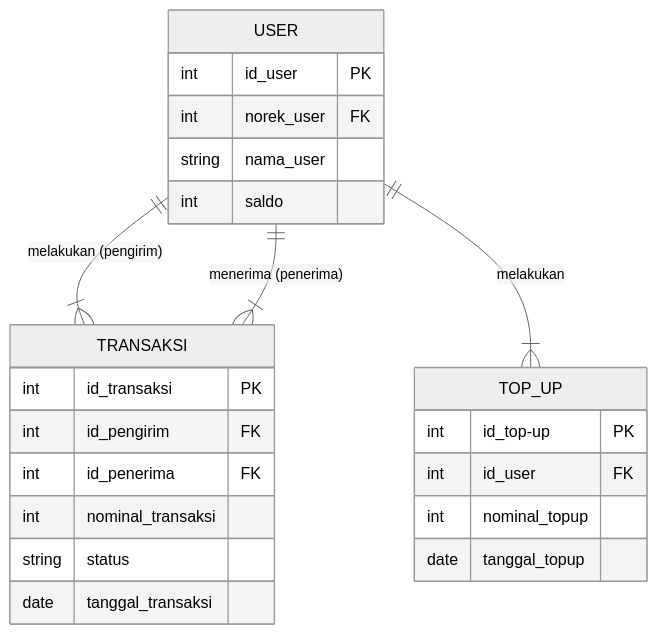
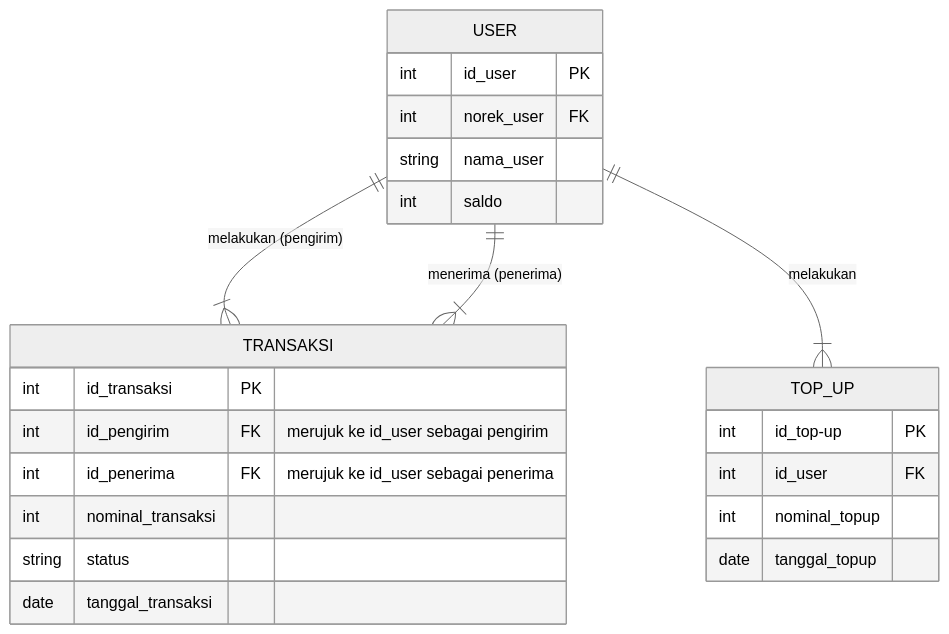
Before and after one commit to dev-Flone/koda-b1-db2: the diagram in erd-ewallet.md, drawn with Mermaid (neutral theme).

Commit message:
fix: attribute

````diff
--- a/erd-ewallet.md
+++ b/erd-ewallet.md
@@ -2,30 +2,30 @@
 ``` mermaid
 erDiagram
     direction TB
 
     USER ||--|{ TRANSAKSI: "melakukan (pengirim)"
     USER ||--|{ TRANSAKSI: "menerima (penerima)"
     USER ||--|{ TOP_UP: melakukan
 
     TRANSAKSI {
         int id_transaksi PK
-        int id_pengirim FK
-        int id_penerima FK
+        int id_pengirim FK "merujuk ke id_user sebagai pengirim"
+        int id_penerima FK "merujuk ke id_user sebagai penerima"
         int nominal_transaksi
         string status
         date tanggal_transaksi
     }
     TOP_UP {
         int id_top-up PK
         int id_user FK
         int nominal_topup
         date tanggal_topup
     }
     USER {
         int id_user PK
         int norek_user FK
         string nama_user
         int saldo
     }
 
 ```
````
